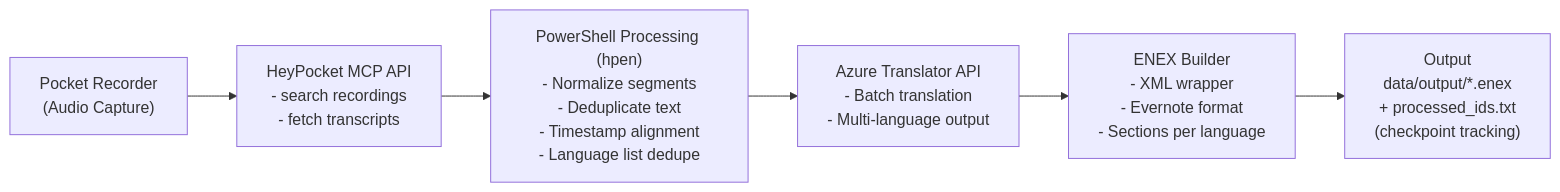
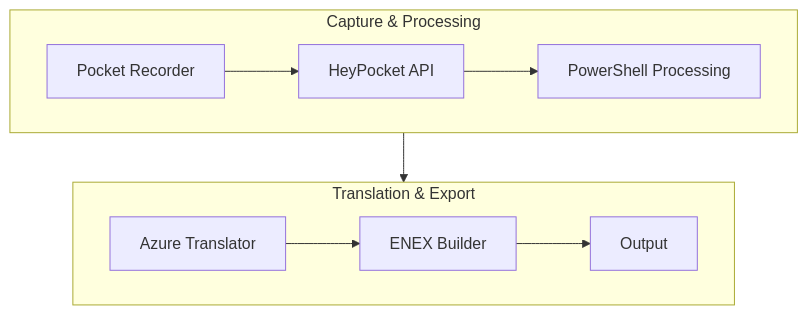
Before and after one commit to jtbarbera/hpen: the diagram in README.md, drawn with Mermaid.

Commit message:
Refactor pipeline overview diagram structure

````diff
--- a/README.md
+++ b/README.md
@@ -407,11 +407,19 @@
 ```mermaid
-flowchart LR
-    A["Pocket Recorder<br/>(Audio Capture)"]
-    B["HeyPocket MCP API<br/>- search recordings<br/>- fetch transcripts"]
-    C["PowerShell Processing (hpen)<br/>- Normalize segments<br/>- Deduplicate text<br/>- Timestamp alignment<br/>- Language list dedupe"]
-    D["Azure Translator API<br/>- Batch translation<br/>- Multi-language output"]
-    E["ENEX Builder<br/>- XML wrapper<br/>- Evernote format<br/>- Sections per language"]
-    F["Output<br/>data/output/*.enex<br/>+ processed_ids.txt<br/>(checkpoint tracking)"]
+flowchart TB
 
-    A --> B --> C --> D --> E --> F
+    subgraph ABC [Capture & Processing]
+        A["Pocket Recorder"]
+        B["HeyPocket API"]
+        C["PowerShell Processing"]
+        A --> B --> C
+    end
+
+    subgraph DEF [Translation & Export]
+        D["Azure Translator"]
+        E["ENEX Builder"]
+        F["Output"]
+        D --> E --> F
+    end
+
+    ABC --> DEF
 ```
````
